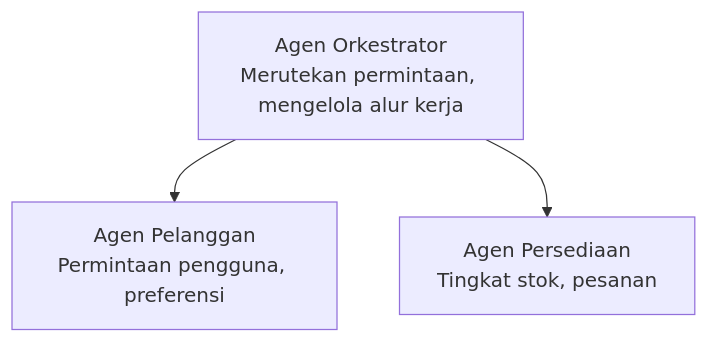
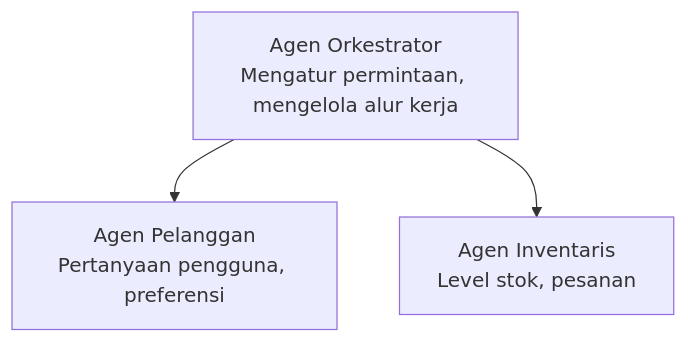
The diagram in translations/id/docs/chapter-05-multi-agent/README.md (microsoft/AZD-for-beginners), drawn with Mermaid before and after one commit. The commit also changed other lines of this file and 58 other files, not shown here.

````diff
--- a/translations/id/docs/chapter-05-multi-agent/README.md
+++ b/translations/id/docs/chapter-05-multi-agent/README.md
@@ -54,5 +54,5 @@
 ```mermaid
 graph TD
-    Orchestrator[Agen Orkestrator<br/>Merutekan permintaan, mengelola alur kerja] --> Customer[Agen Pelanggan<br/>Permintaan pengguna, preferensi]
-    Orchestrator --> Inventory[Agen Persediaan<br/>Tingkat stok, pesanan]
+    Orchestrator[Agen Orkestrator<br/>Mengatur permintaan, mengelola alur kerja] --> Customer[Agen Pelanggan<br/>Pertanyaan pengguna, preferensi]
+    Orchestrator --> Inventory[Agen Inventaris<br/>Level stok, pesanan]
 ```
````
